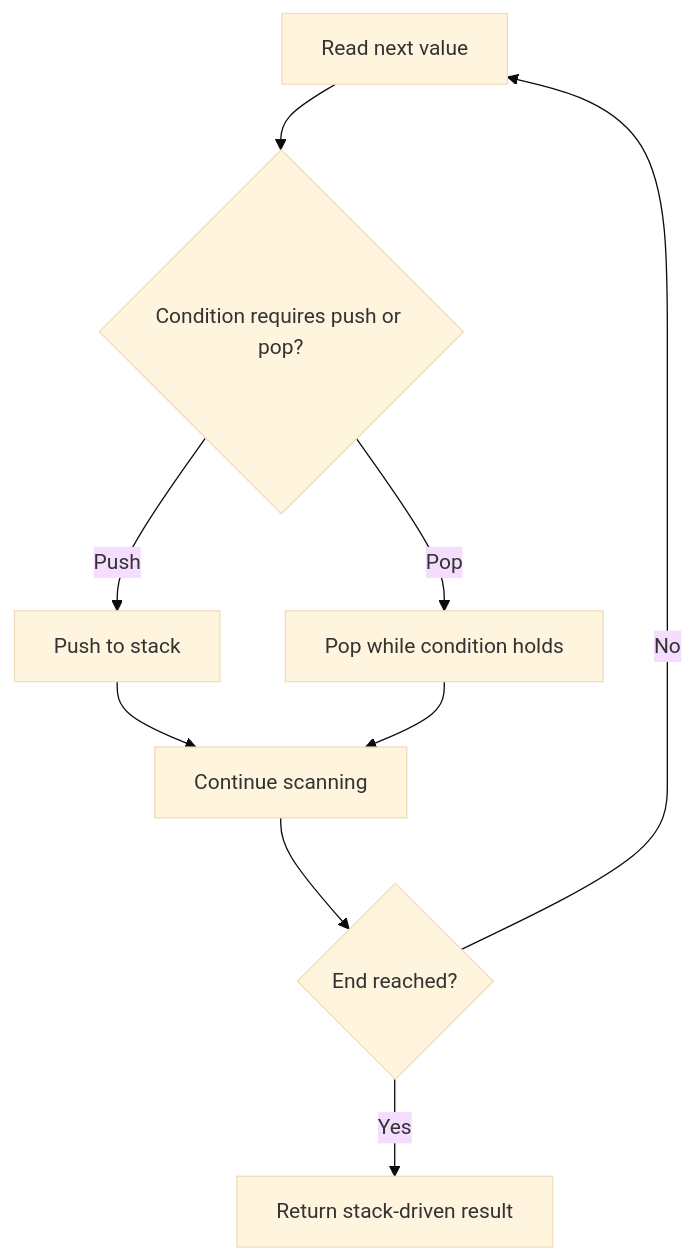
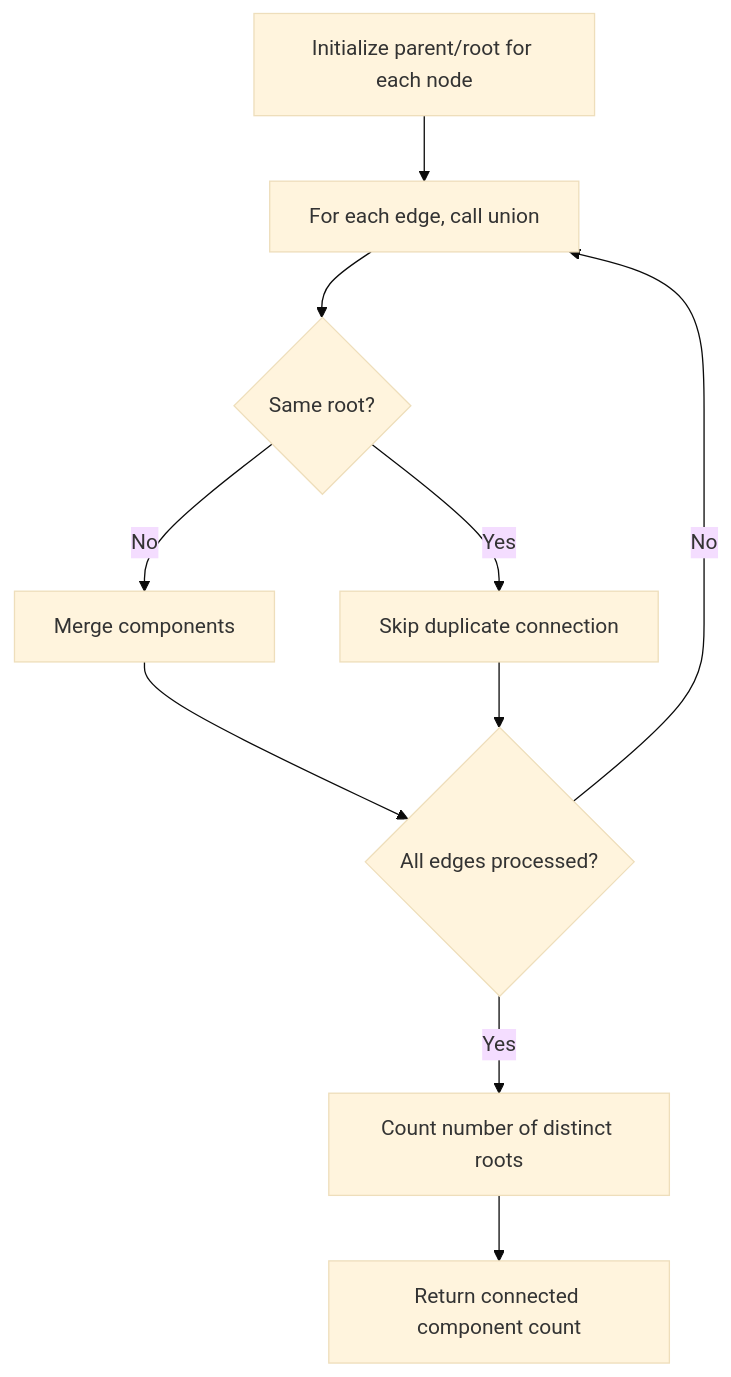
Before and after one commit to keshav-poojary/Leetcode: the diagram in NeetCode-Submissions/04.stack/01.valid-parenthesis/readme.md, drawn with Mermaid (base theme). The commit also changed other lines of this file and 121 other files, not shown here.

````diff
--- a/NeetCode-Submissions/04.stack/01.valid-parenthesis/readme.md
+++ b/NeetCode-Submissions/04.stack/01.valid-parenthesis/readme.md
@@ -32,11 +34,12 @@
 ```mermaid
 flowchart TD
-    A[Read next value] --> B{Condition requires push or pop?}
-    B -- Push --> C[Push to stack]
-    B -- Pop --> D[Pop while condition holds]
-    C --> E[Continue scanning]
-    D --> E
-    E --> F{End reached?}
-    F -- No --> A
-    F -- Yes --> G[Return stack-driven result]
+    A[Initialize parent/root for each node] --> B[For each edge, call union]
+    B --> C{Same root?}
+    C -- No --> D[Merge components]
+    C -- Yes --> E[Skip duplicate connection]
+    D --> F{All edges processed?}
+    E --> F
+    F -- No --> B
+    F -- Yes --> G[Count number of distinct roots]
+    G --> H[Return connected component count]
 ```
````
